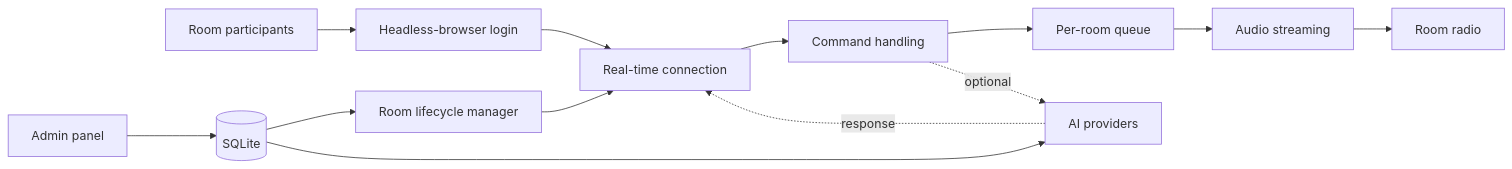
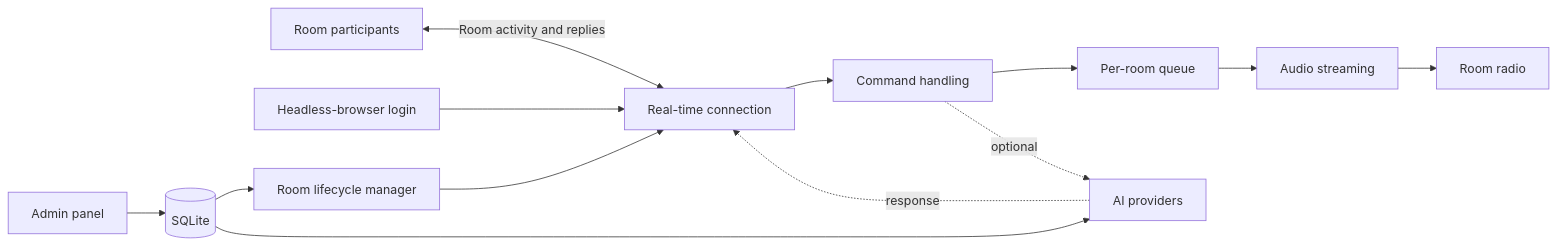
The diagram in README.md (ezeinfamia2903/neromusic-portfolio), drawn with Mermaid before and after one commit. The commit also changed other lines of this file and 6 other files, not shown here.

Commit message:
docs: refine public portfolio and architecture

````diff
--- a/README.md
+++ b/README.md
@@ -15,16 +17,16 @@
 ```mermaid
 flowchart LR
-    U[Room participants] --> L[Headless-browser login]
-    L --> R[Real-time connection]
+    U[Room participants] <-->|Room activity and replies| R[Real-time connection]
+    L[Headless-browser login] --> R
     R --> C[Command handling]
     C --> Q[Per-room queue]
     Q --> A[Audio streaming]
     A --> S[Room radio]
 
     P[Admin panel] --> D[(SQLite)]
     D --> M[Room lifecycle manager]
     M --> R
     C -. optional .-> I[AI providers]
     I -. response .-> R
     D --> I
 ```
````
